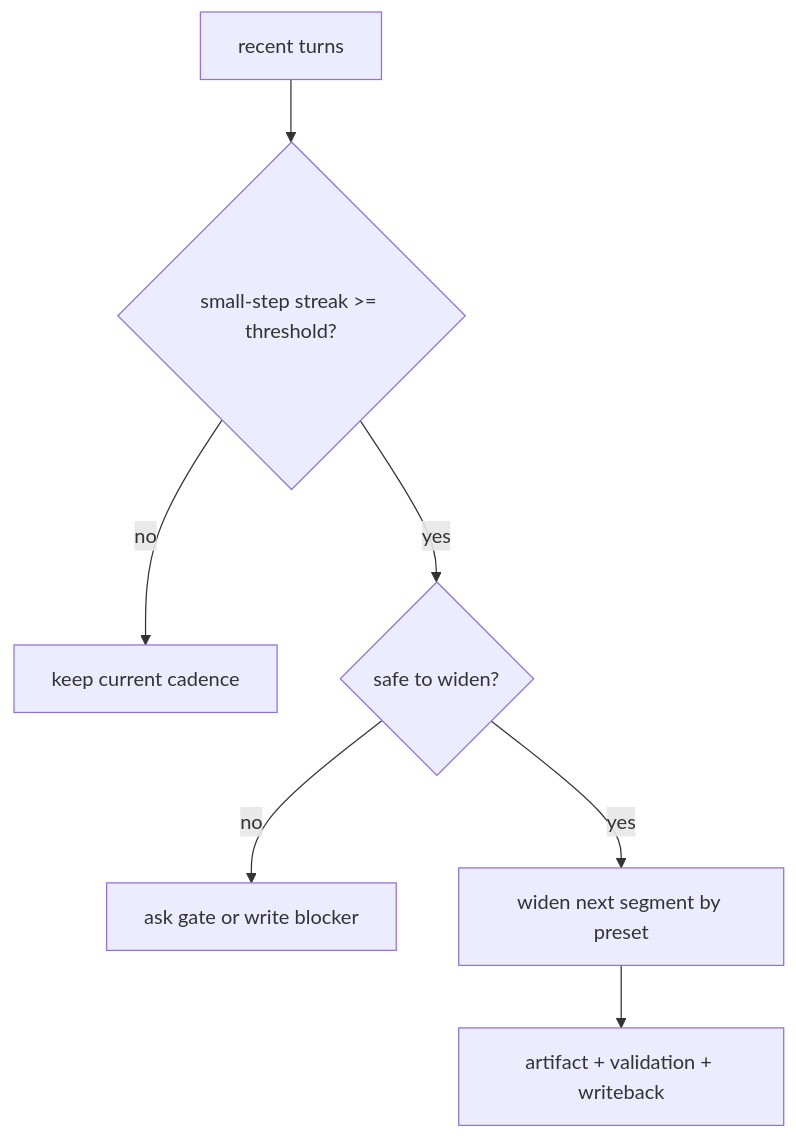
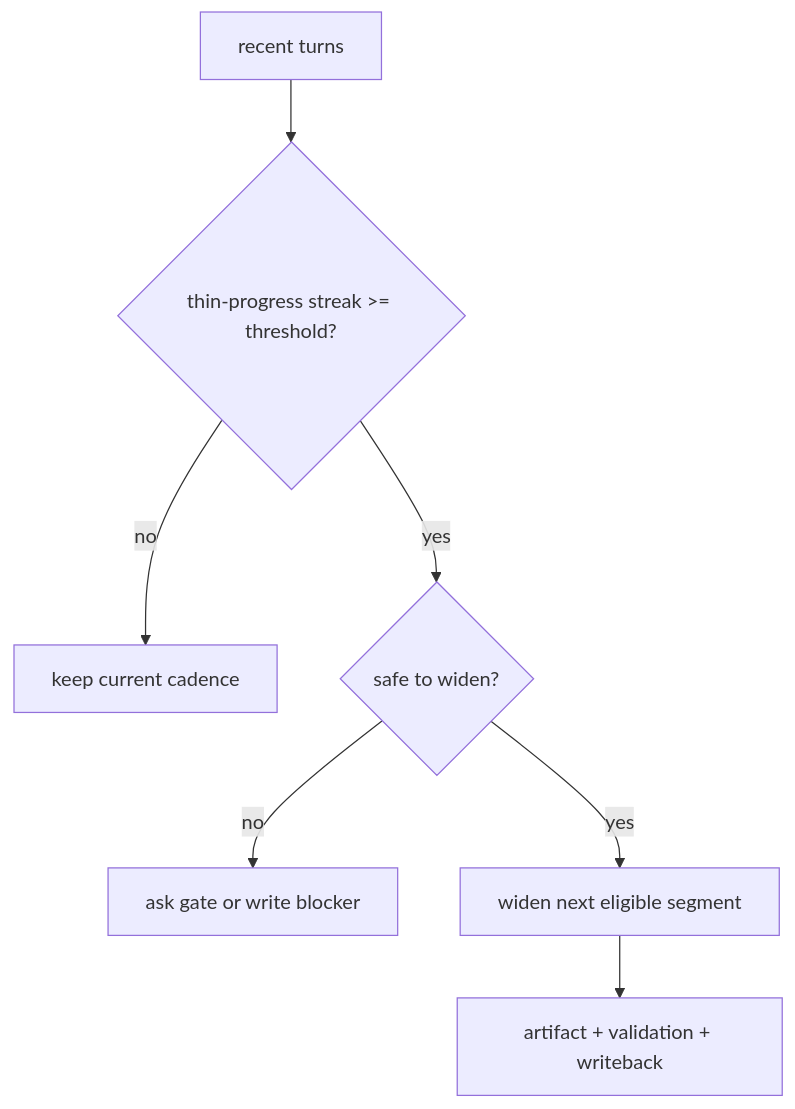
Diagram 30 of 31 in docs/interaction-pattern-catalog.md (huangruiteng/goal-harness), drawn with Mermaid before and after one commit. The commit also changed other lines of this file and 10 other files, not shown here.

````diff
--- a/docs/interaction-pattern-catalog.md
+++ b/docs/interaction-pattern-catalog.md
@@ -2143,9 +2144,9 @@
 ```mermaid
 flowchart TD
-  R["recent turns"] --> S{"small-step streak >= threshold?"}
+  R["recent turns"] --> S{"thin-progress streak >= threshold?"}
   S -->|"no"| C["keep current cadence"]
   S -->|"yes"| B{"safe to widen?"}
   B -->|"no"| G["ask gate or write blocker"]
-  B -->|"yes"| W["widen next segment by preset"]
+  B -->|"yes"| W["widen next eligible segment"]
   W --> D["artifact + validation + writeback"]
 ```
````
